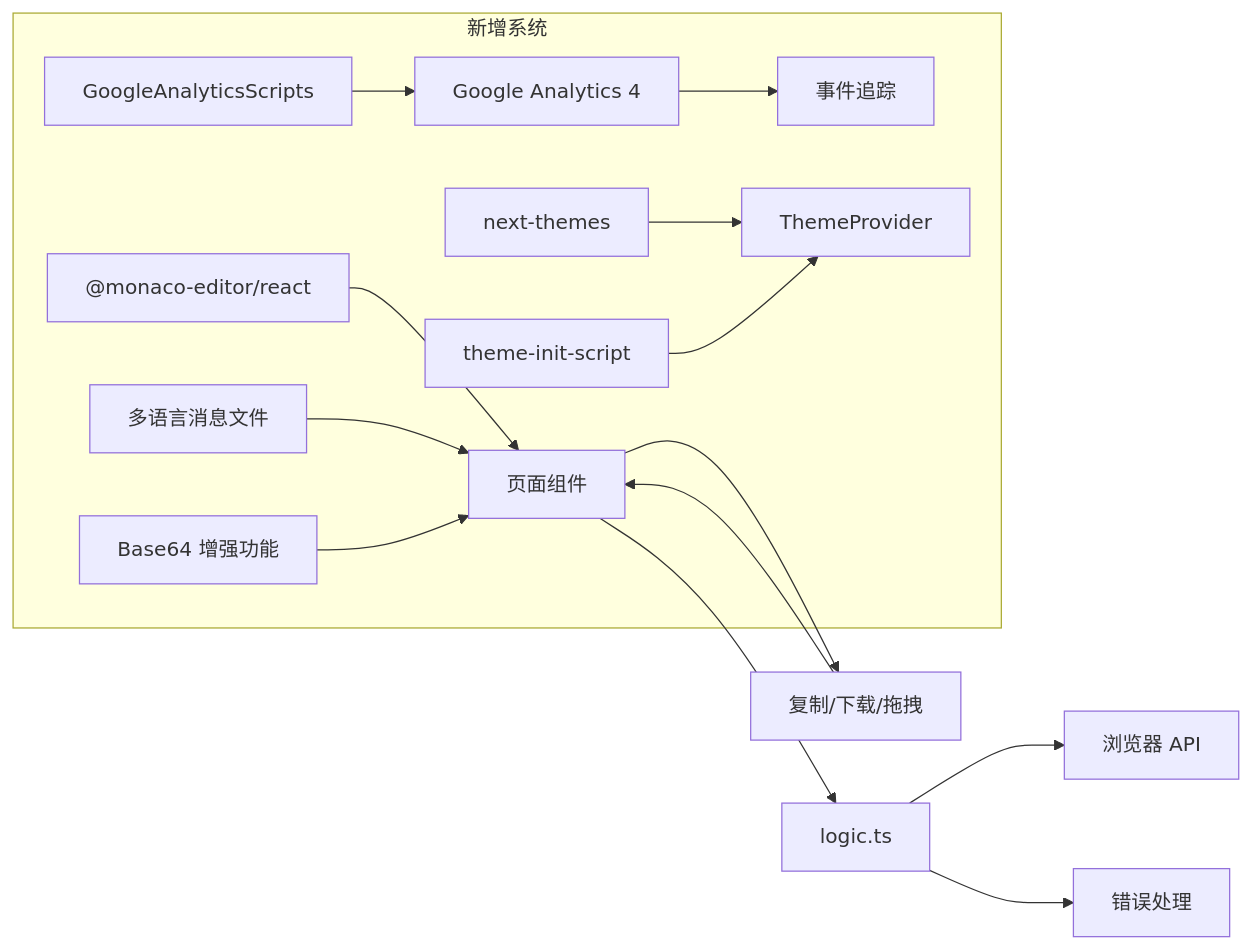
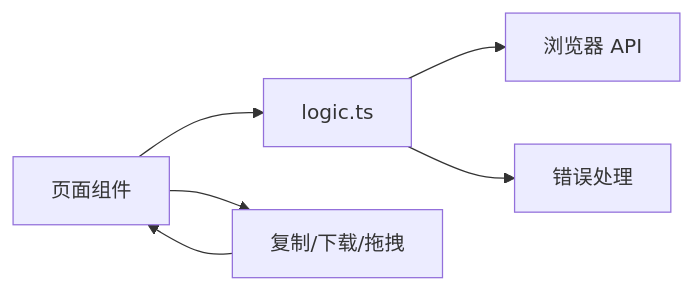
Before and after one commit to sgyy/privadeck: the third of 3 diagrams in .qoder/repowiki/zh/content/开发者工具/开发者工具.md, drawn with Mermaid. The commit also changed other lines of this file and 23 other files, not shown here.

````diff
--- a/.qoder/repowiki/zh/content/开发者工具/开发者工具.md
+++ b/.qoder/repowiki/zh/content/开发者工具/开发者工具.md
@@ -623,17 +425,8 @@
 ```mermaid
 graph LR
 UI["页面组件"] --> LOGIC["logic.ts"]
 LOGIC --> API["浏览器 API"]
 LOGIC --> ERR["错误处理"]
 UI --> FEAT["复制/下载/拖拽"]
-subgraph "新增系统"
-MONACO["@monaco-editor/react"] --> UI
-ANALYTICS["Google Analytics 4"] --> TRACK["事件追踪"]
-THEME["next-themes"] --> THEMEPROVIDER["ThemeProvider"]
-LOCALIZATION["多语言消息文件"] --> UI
-BASE64_ENHANCE["Base64 增强功能"] --> UI
-THEME_INIT["theme-init-script"] --> THEMEPROVIDER
-ANALYTICS_SCRIPT["GoogleAnalyticsScripts"] --> ANALYTICS
-end
 FEAT --> UI
 ```
````
